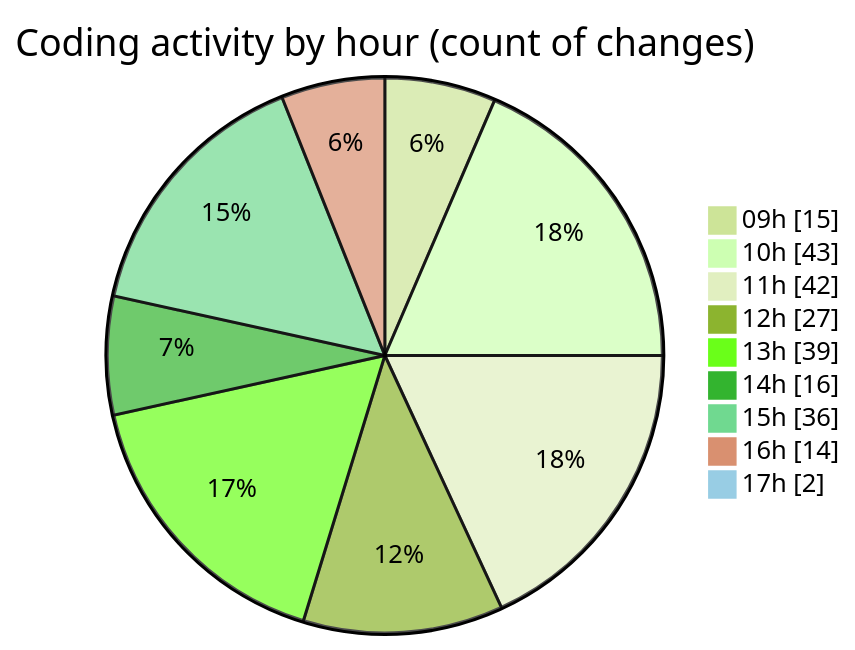
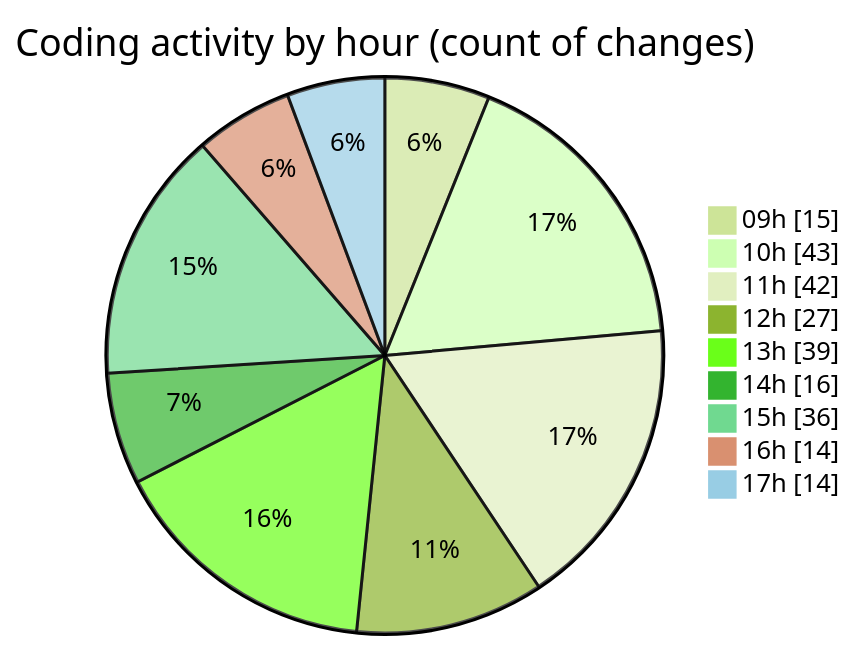
The second of 2 diagrams in 2025-09-30/cda/README.md (momahboobian/code-tracking), drawn with Mermaid (forest theme) before and after one commit. The commit also changed other lines of this file and 1 other file, not shown here.

````diff
--- a/2025-09-30/cda/README.md
+++ b/2025-09-30/cda/README.md
@@ -34,13 +34,13 @@
 ```mermaid
 pie showData
 title Coding activity by hour (count of changes)
 "09h" : 15
 "10h" : 43
 "11h" : 42
 "12h" : 27
 "13h" : 39
 "14h" : 16
 "15h" : 36
 "16h" : 14
-"17h" : 2
+"17h" : 14
 ```
````
